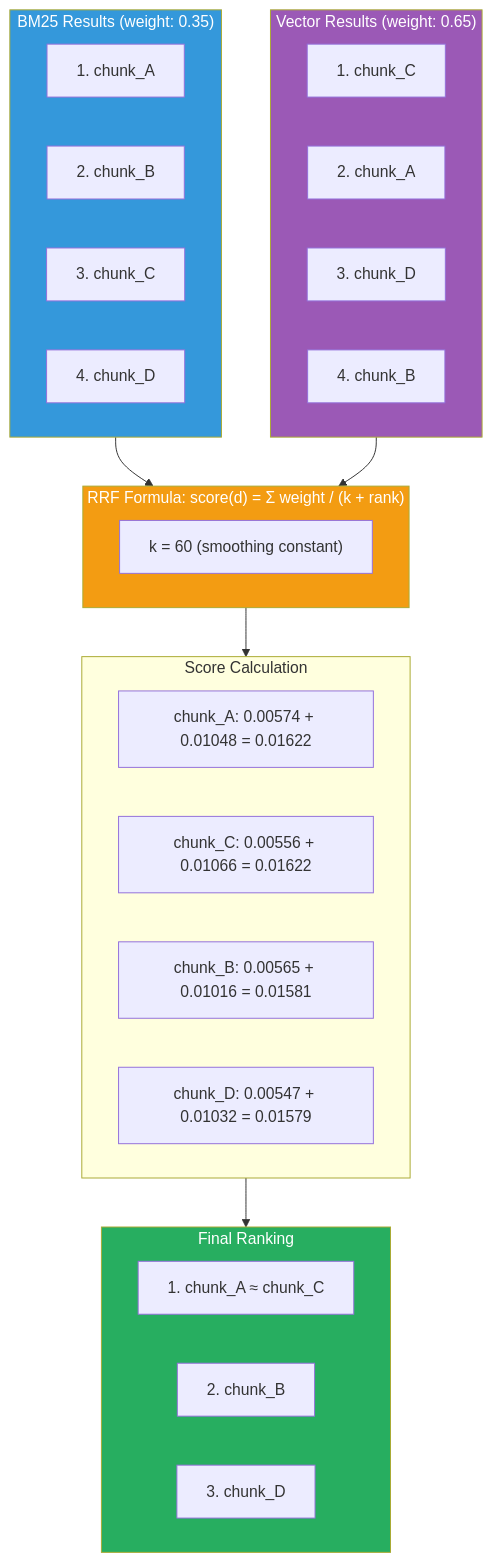
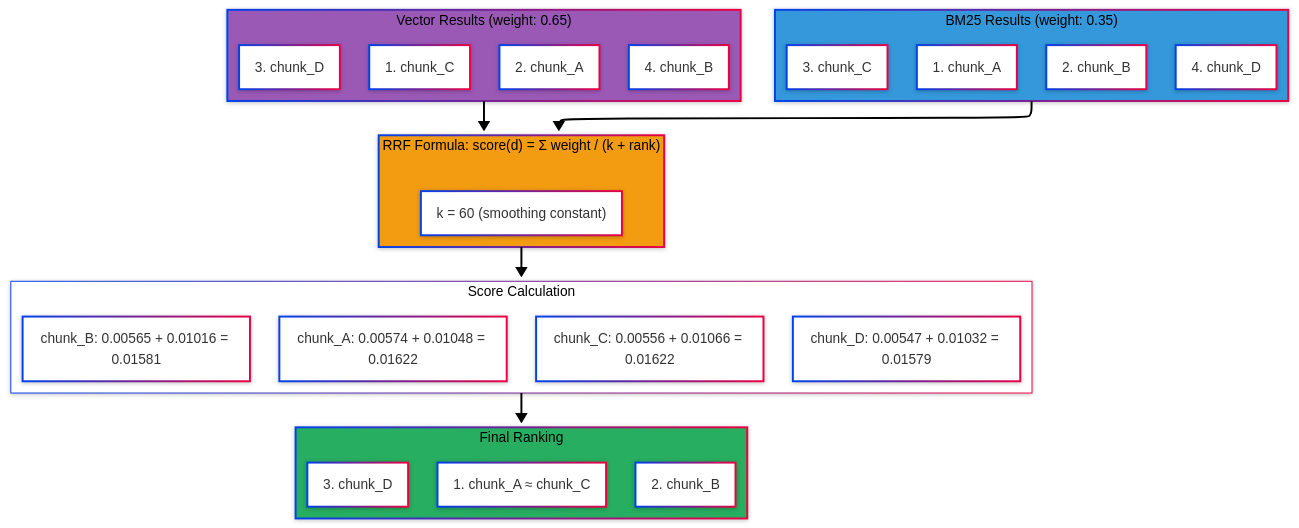
The eighth of 27 diagrams in docs/reference/architecture/architecture.md (sampi02/amanmcp), drawn with Mermaid before and after one commit. The commit also changed other lines of this file and 59 other files, not shown here.

````diff
--- a/docs/reference/architecture/architecture.md
+++ b/docs/reference/architecture/architecture.md
@@ -347,42 +552,48 @@
 ```mermaid
+---
+config:
+  layout: elk
+  theme: neo
+  look: neo
+---
 flowchart TB
     subgraph BM25["BM25 Results (weight: 0.35)"]
         B1["1. chunk_A"]
         B2["2. chunk_B"]
         B3["3. chunk_C"]
         B4["4. chunk_D"]
     end
 
     subgraph Vector["Vector Results (weight: 0.65)"]
         V1["1. chunk_C"]
         V2["2. chunk_A"]
         V3["3. chunk_D"]
         V4["4. chunk_B"]
     end
 
     subgraph RRF["RRF Formula: score(d) = Σ weight / (k + rank)"]
         Formula["k = 60 (smoothing constant)"]
     end
 
     subgraph Scores["Score Calculation"]
         SA["chunk_A: 0.00574 + 0.01048 = 0.01622"]
         SC["chunk_C: 0.00556 + 0.01066 = 0.01622"]
         SB["chunk_B: 0.00565 + 0.01016 = 0.01581"]
         SD["chunk_D: 0.00547 + 0.01032 = 0.01579"]
     end
 
     subgraph Final["Final Ranking"]
         R1["1. chunk_A ≈ chunk_C"]
         R2["2. chunk_B"]
         R3["3. chunk_D"]
     end
 
     BM25 --> RRF
     Vector --> RRF
     RRF --> Scores --> Final
 
-    style BM25 fill:#3498db,color:#fff
-    style Vector fill:#9b59b6,color:#fff
-    style RRF fill:#f39c12,color:#fff
-    style Final fill:#27ae60,color:#fff
+    style BM25 fill:#3498db,stroke-width:2px
+    style Vector fill:#9b59b6,stroke-width:2px
+    style RRF fill:#f39c12,stroke-width:2px
+    style Final fill:#27ae60,stroke-width:2px
 ```
````
